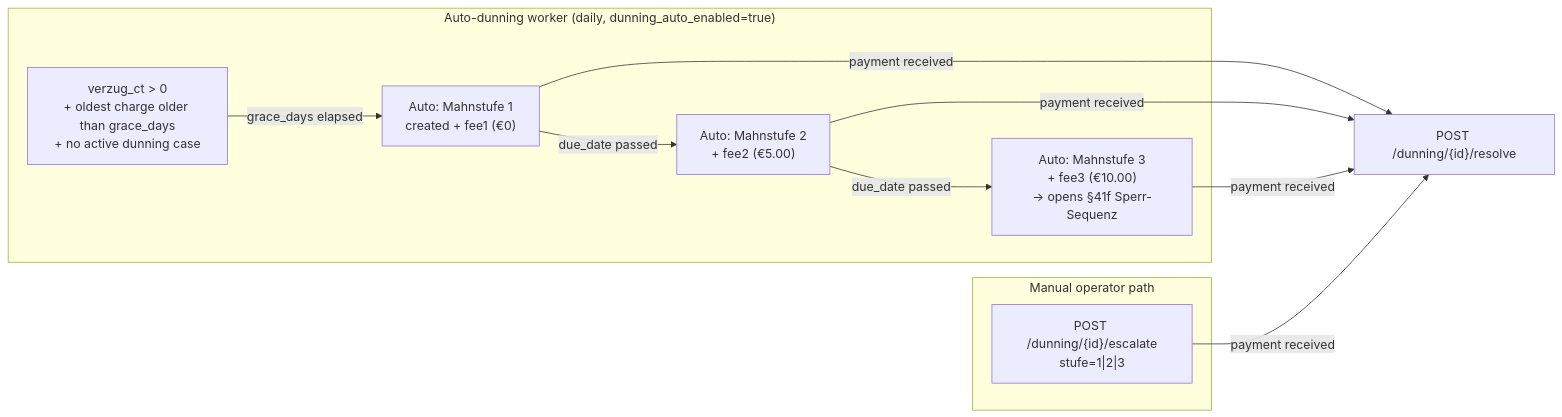
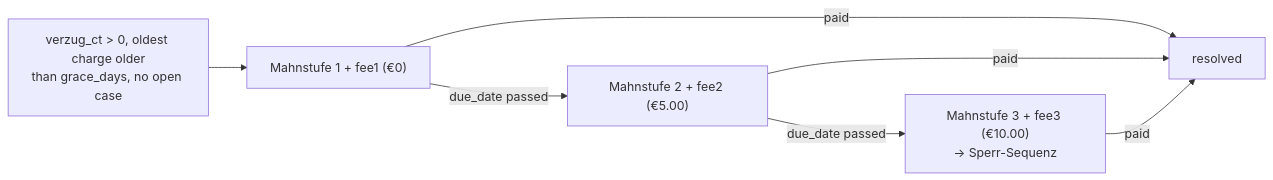
One commit to hupe1980/mako changed the second of 3 diagrams in site/content/docs/services/accountingd.md. Above: the diagram before and after it, drawn with Mermaid. The commit also changed other lines of this file and 1091 other files, not shown here.

````diff
--- a/site/content/docs/services/accountingd.md
+++ b/site/content/docs/services/accountingd.md
@@ -152,22 +277,10 @@
 ```mermaid
 graph LR
-    subgraph auto ["Auto-dunning worker (daily, dunning_auto_enabled=true)"]
-        trigger["verzug_ct > 0<br/>+ oldest charge older than grace_days<br/>+ no active dunning case"]
-        a1["Auto: Mahnstufe 1<br/>created + fee1 (€0)"]
-        a2["Auto: Mahnstufe 2<br/>+ fee2 (€5.00)"]
-        a3["Auto: Mahnstufe 3<br/>+ fee3 (€10.00)<br/>→ opens §41f Sperr-Sequenz"]
-        trigger -->|"grace_days elapsed"| a1
-        a1 -->|"due_date passed"| a2
-        a2 -->|"due_date passed"| a3
-    end
-
-    subgraph manual ["Manual operator path"]
-        m1["POST /dunning/{id}/escalate<br/>stufe=1|2|3"]
-    end
-
-    resolved["POST /dunning/{id}/resolve"]
-    a1 -->|"payment received"| resolved
-    a2 -->|"payment received"| resolved
-    a3 -->|"payment received"| resolved
-    m1 -->|"payment received"| resolved
+    trigger["verzug_ct > 0, oldest charge older<br/>than grace_days, no open case"]
+    a1["Mahnstufe 1 + fee1 (€0)"]
+    a2["Mahnstufe 2 + fee2 (€5.00)"]
+    a3["Mahnstufe 3 + fee3 (€10.00)<br/>→ Sperr-Sequenz"]
+    resolved["resolved"]
+    trigger --> a1 -->|"due_date passed"| a2 -->|"due_date passed"| a3
+    a1 & a2 & a3 -->|"paid"| resolved
 ```
````
